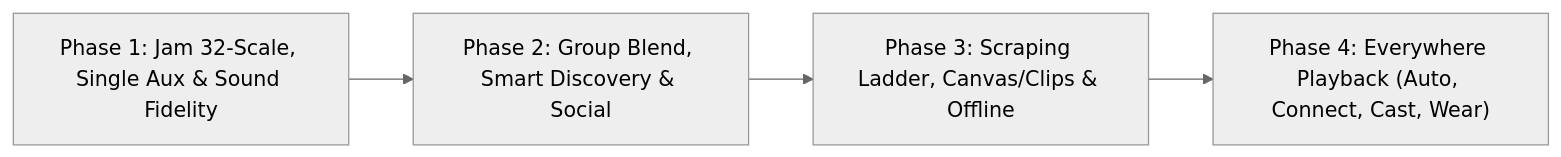
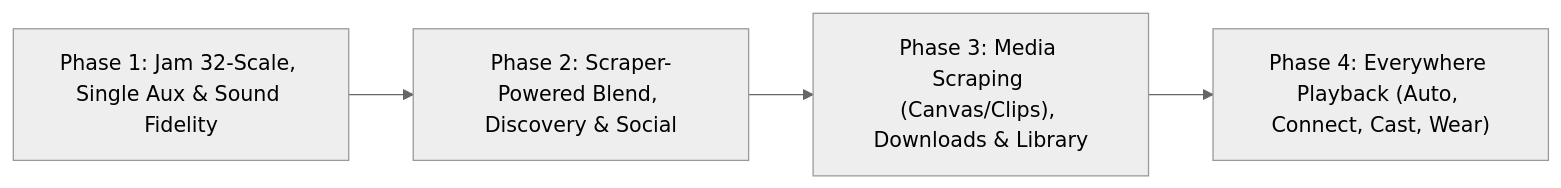
One commit to zephyr4289/streamify-apk changed the diagram in ROADMAP_PHASES.md. Above: the diagram before and after it, drawn with Mermaid (neutral theme). The commit also changed other lines of this file, not shown here.

Commit message:
docs(roadmap): update ROADMAP_PHASES.md to reflect Kotlin scraper and Rust algorithmic engine [skip ci]

````diff
--- a/ROADMAP_PHASES.md
+++ b/ROADMAP_PHASES.md
@@ -25,6 +29,6 @@
 ```mermaid
 flowchart LR
-    P1["Phase 1: Jam 32-Scale, Single Aux & Sound Fidelity"] --> P2["Phase 2: Group Blend, Smart Discovery & Social"]
-    P2 --> P3["Phase 3: Scraping Ladder, Canvas/Clips & Offline"]
+    P1["Phase 1: Jam 32-Scale, Single Aux & Sound Fidelity"] --> P2["Phase 2: Scraper-Powered Blend, Discovery & Social"]
+    P2 --> P3["Phase 3: Media Scraping (Canvas/Clips), Downloads & Library"]
     P3 --> P4["Phase 4: Everywhere Playback (Auto, Connect, Cast, Wear)"]
 ```
````
